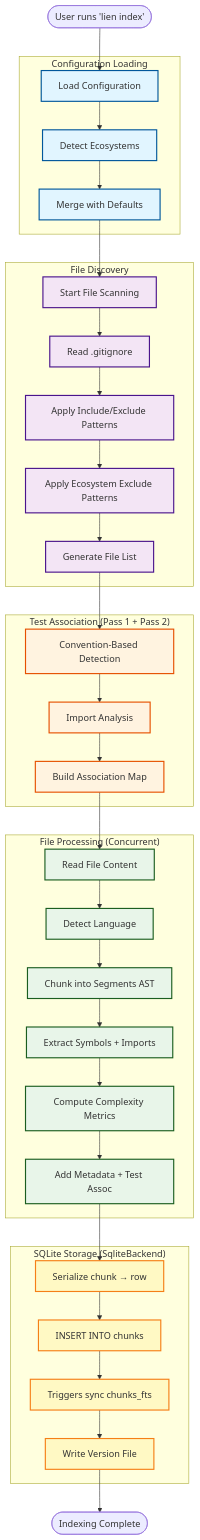
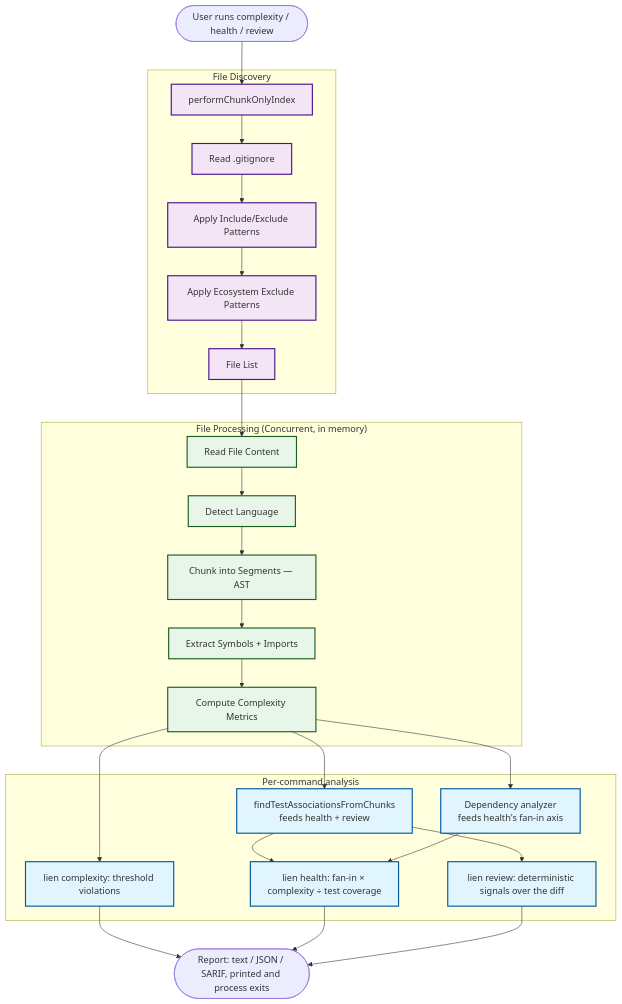
One commit to getlien/lien changed the first of 2 diagrams in docs/architecture/data-flow.md. Above: the diagram before and after it, drawn with Mermaid. The commit also changed other lines of this file and 238 other files, not shown here.

````diff
--- a/docs/architecture/data-flow.md
+++ b/docs/architecture/data-flow.md
@@ -9,83 +19,61 @@
 ```mermaid
 flowchart TB
-    START([User runs 'lien index'])
+    START([User runs complexity / health / review])
 
-    subgraph "Configuration Loading"
-        LOAD_CONFIG[Load Configuration]
-        DETECT_FW[Detect Ecosystems]
-        MERGE_CONFIG[Merge with Defaults]
+    subgraph "File Discovery"
+        SCAN_START[performChunkOnlyIndex]
+        READ_GITIGNORE[Read .gitignore]
+        APPLY_PATTERNS[Apply Include/Exclude Patterns]
+        FILTER_ECOSYSTEM[Apply Ecosystem Exclude Patterns]
+        FILE_LIST[File List]
     end
 
-    subgraph "File Discovery"
-        SCAN_START[Start File Scanning]
-        READ_GITIGNORE[Read .gitignore]
-        APPLY_PATTERNS[Apply Include/Exclude Patterns]
-        FILTER_FRAMEWORK[Apply Ecosystem Exclude Patterns]
-        FILE_LIST[Generate File List]
+    subgraph "File Processing (Concurrent, in memory)"
+        READ_FILE[Read File Content]
+        DETECT_LANG[Detect Language]
+        CHUNK_FILE[Chunk into Segments — AST]
+        EXTRACT_SYMBOLS[Extract Symbols + Imports]
+        COMPLEXITY[Compute Complexity Metrics]
     end
 
-    subgraph "Test Association (Pass 1 + Pass 2)"
-        CONVENTION_DETECT[Convention-Based Detection]
-        IMPORT_ANALYSIS[Import Analysis]
-        ASSOC_MAP[Build Association Map]
+    subgraph "Per-command analysis"
+        HEALTH_RANK[lien health: fan-in × complexity ÷ test coverage]
+        REVIEW_SIGNALS[lien review: deterministic signals over the diff]
+        COMPLEXITY_REPORT[lien complexity: threshold violations]
+        TESTASSOC[findTestAssociationsFromChunks<br/>feeds health + review]
+        DEPS[Dependency analyzer<br/>feeds health's fan-in axis]
     end
 
-    subgraph "File Processing (Concurrent)"
-        READ_FILE[Read File Content]
-        DETECT_LANG[Detect Language]
-        CHUNK_FILE[Chunk into Segments AST]
-        EXTRACT_SYMBOLS[Extract Symbols + Imports]
-        COMPLEXITY[Compute Complexity Metrics]
-        ADD_METADATA[Add Metadata + Test Assoc]
-    end
+    REPORT([Report: text / JSON / SARIF, printed and process exits])
 
-    subgraph "SQLite Storage (SqliteBackend)"
-        SERIALIZE[Serialize chunk → row]
-        INSERT[INSERT INTO chunks]
-        FTS_SYNC[Triggers sync chunks_fts]
-        UPDATE_VERSION[Write Version File]
-    end
-
-    END([Indexing Complete])
-
-    %% Main Flow
-    START --> LOAD_CONFIG
-    LOAD_CONFIG --> DETECT_FW
-    DETECT_FW --> MERGE_CONFIG
-    MERGE_CONFIG --> SCAN_START
-
+    START --> SCAN_START
     SCAN_START --> READ_GITIGNORE
     READ_GITIGNORE --> APPLY_PATTERNS
-    APPLY_PATTERNS --> FILTER_FRAMEWORK
-    FILTER_FRAMEWORK --> FILE_LIST
+    APPLY_PATTERNS --> FILTER_ECOSYSTEM
+    FILTER_ECOSYSTEM --> FILE_LIST
 
-    FILE_LIST --> CONVENTION_DETECT
-    CONVENTION_DETECT --> IMPORT_ANALYSIS
-    IMPORT_ANALYSIS --> ASSOC_MAP
-
-    ASSOC_MAP --> READ_FILE
+    FILE_LIST --> READ_FILE
     READ_FILE --> DETECT_LANG
     DETECT_LANG --> CHUNK_FILE
     CHUNK_FILE --> EXTRACT_SYMBOLS
     EXTRACT_SYMBOLS --> COMPLEXITY
-    COMPLEXITY --> ADD_METADATA
 
-    ADD_METADATA --> SERIALIZE
-    SERIALIZE --> INSERT
-    INSERT --> FTS_SYNC
-    FTS_SYNC --> UPDATE_VERSION
-    UPDATE_VERSION --> END
+    COMPLEXITY --> COMPLEXITY_REPORT
+    COMPLEXITY --> TESTASSOC
+    COMPLEXITY --> DEPS
+    TESTASSOC --> HEALTH_RANK
+    DEPS --> HEALTH_RANK
+    TESTASSOC --> REVIEW_SIGNALS
 
-    %% Styling
-    classDef configClass fill:#e1f5ff,stroke:#01579b,stroke-width:2px
+    COMPLEXITY_REPORT --> REPORT
+    HEALTH_RANK --> REPORT
+    REVIEW_SIGNALS --> REPORT
+
     classDef scanClass fill:#f3e5f5,stroke:#4a148c,stroke-width:2px
-    classDef testClass fill:#fff3e0,stroke:#e65100,stroke-width:2px
     classDef processClass fill:#e8f5e9,stroke:#1b5e20,stroke-width:2px
-    classDef storageClass fill:#fff9c4,stroke:#f57f17,stroke-width:2px
+    classDef analysisClass fill:#e1f5ff,stroke:#01579b,stroke-width:2px
 
-    class LOAD_CONFIG,DETECT_FW,MERGE_CONFIG configClass
-    class SCAN_START,READ_GITIGNORE,APPLY_PATTERNS,FILTER_FRAMEWORK,FILE_LIST scanClass
-    class CONVENTION_DETECT,IMPORT_ANALYSIS,ASSOC_MAP testClass
-    class READ_FILE,DETECT_LANG,CHUNK_FILE,EXTRACT_SYMBOLS,COMPLEXITY,ADD_METADATA processClass
-    class SERIALIZE,INSERT,FTS_SYNC,UPDATE_VERSION storageClass
+    class SCAN_START,READ_GITIGNORE,APPLY_PATTERNS,FILTER_ECOSYSTEM,FILE_LIST scanClass
+    class READ_FILE,DETECT_LANG,CHUNK_FILE,EXTRACT_SYMBOLS,COMPLEXITY processClass
+    class HEALTH_RANK,REVIEW_SIGNALS,COMPLEXITY_REPORT,TESTASSOC,DEPS analysisClass
 ```
````
